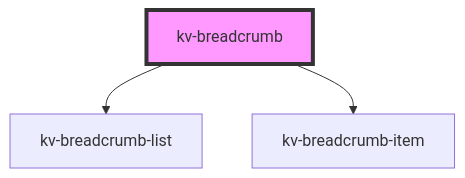
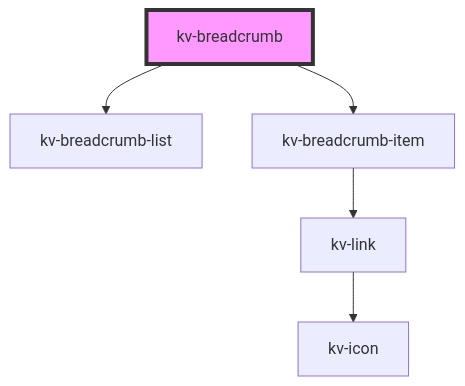
Before and after one commit to kelvininc/ui-components: the diagram in packages/ui-components/src/components/breadcrumb/readme.md, drawn with Mermaid. The commit also changed 14 other files, not shown here.

First line of the commit message:
feat(breadcrumb-item, link, text-area): refactor breadcrumb to use kv-link and migrate text-area to design tokens

````diff
--- a/packages/ui-components/src/components/breadcrumb/readme.md
+++ b/packages/ui-components/src/components/breadcrumb/readme.md
@@ -55,6 +55,8 @@
 ```mermaid
 graph TD;
   kv-breadcrumb --> kv-breadcrumb-list
   kv-breadcrumb --> kv-breadcrumb-item
+  kv-breadcrumb-item --> kv-link
+  kv-link --> kv-icon
   style kv-breadcrumb fill:#f9f,stroke:#333,stroke-width:4px
 ```
````
